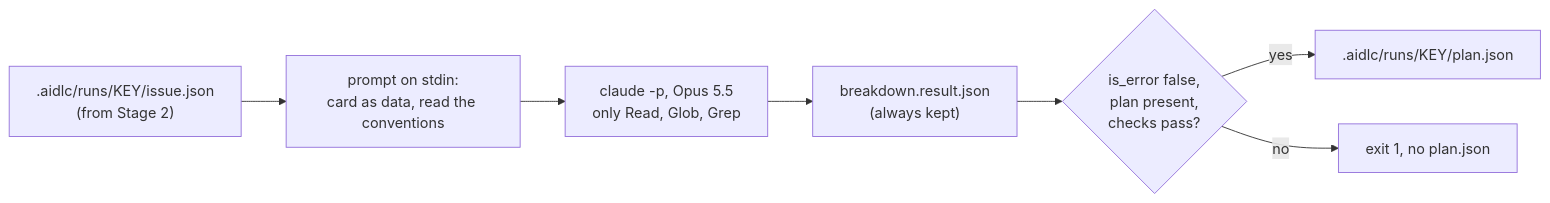
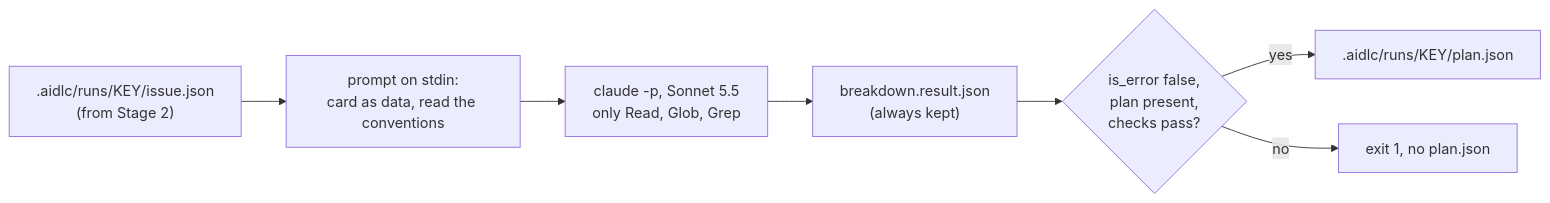
One commit to yurifws/aidlc-sandbox changed the fourth of 4 diagrams in docs/PIPELINE.md. Above: the diagram before and after it, drawn with Mermaid. The commit also changed other lines of this file and 9 other files, not shown here.

First line of the commit message:
feat: plan breakdowns with sonnet 5.5 instead of opus 5.5

````diff
--- a/docs/PIPELINE.md
+++ b/docs/PIPELINE.md
@@ -277,9 +278,9 @@
 ```mermaid
 flowchart LR
     Issue[".aidlc/runs/KEY/issue.json<br/>(from Stage 2)"] --> Prompt["prompt on stdin:<br/>card as data, read the conventions"]
-    Prompt --> Claude["claude -p, Opus 5.5<br/>only Read, Glob, Grep"]
+    Prompt --> Claude["claude -p, Sonnet 5.5<br/>only Read, Glob, Grep"]
     Claude --> Raw["breakdown.result.json<br/>(always kept)"]
     Raw --> Check{"is_error false,<br/>plan present,<br/>checks pass?"}
     Check -->|yes| Plan[".aidlc/runs/KEY/plan.json"]
     Check -->|no| Fail["exit 1, no plan.json"]
 ```
````
